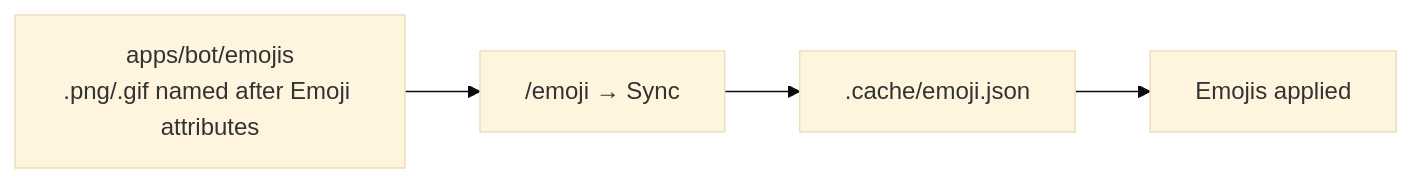
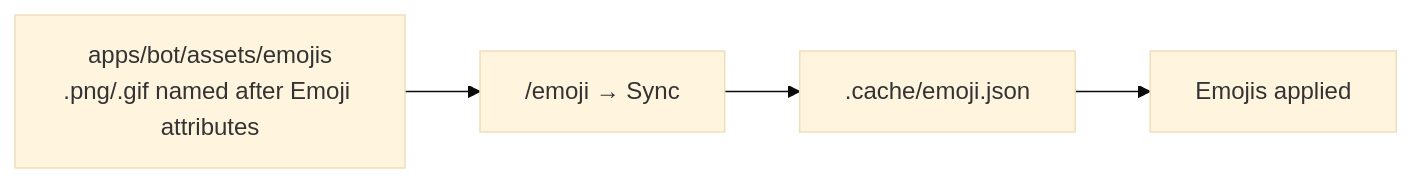
Before and after one commit to swayam25/Square-Bot: the third of 3 diagrams in README.md, drawn with Mermaid (base theme). The commit also changed other lines of this file and 188 other files, not shown here.

Commit message:
Move bot emojis and `idle.gif` into `assets`, swap in a Beat idle GIF and only seek the player video when it drifts

````diff
--- a/README.md
+++ b/README.md
@@ -180,6 +180,6 @@
 ```mermaid
 flowchart LR
-    A["apps/bot/emojis<br/>.png/.gif named after Emoji attributes"] --> B["/emoji → Sync"]
+    A["apps/bot/assets/emojis<br/>.png/.gif named after Emoji attributes"] --> B["/emoji → Sync"]
     B --> C[".cache/emoji.json"]
     C --> D["Emojis applied"]
 ```
````
